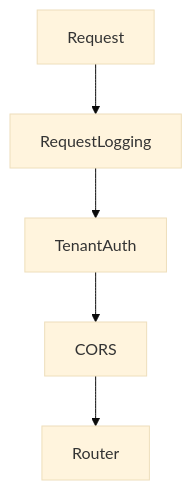
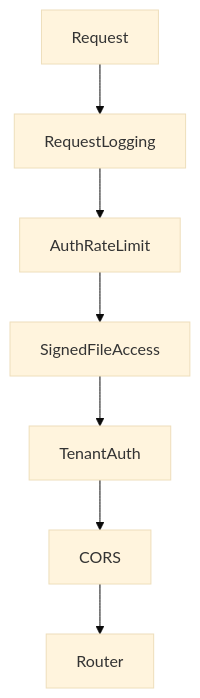
One commit to guptapiyush592k/PG-Management changed the second of 3 diagrams in backend/docs/ARCHITECTURE.md. Above: the diagram before and after it, drawn with Mermaid (base theme). The commit also changed other lines of this file and 53 other files, not shown here.

````diff
--- a/backend/docs/ARCHITECTURE.md
+++ b/backend/docs/ARCHITECTURE.md
@@ -98,7 +98,9 @@
 ```mermaid
 flowchart TB
     Request --> RequestLogging
-    RequestLogging --> TenantAuth
+    RequestLogging --> AuthRateLimit
+    AuthRateLimit --> SignedFileAccess
+    SignedFileAccess --> TenantAuth
     TenantAuth --> CORS
     CORS --> Router
 ```
````
